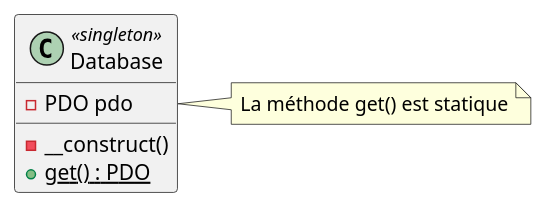
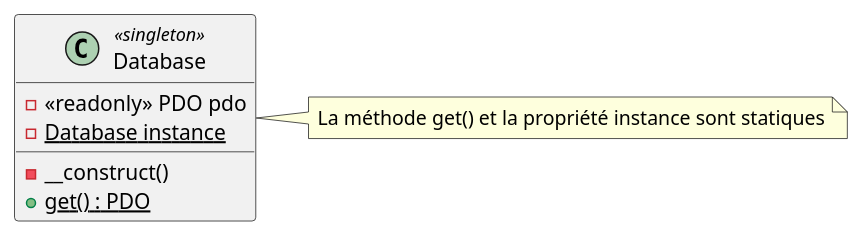
Before and after one commit to ralixt/tp-performances-backend: the diagram in docs/assets/singleton-db.puml, drawn with PlantUML. The commit also changed 3 other files, not shown here.

```diff
--- a/docs/assets/singleton-db.puml
+++ b/docs/assets/singleton-db.puml
@@ -1,11 +1,12 @@
 @startuml
 
 class Database <<singleton>> {
-  - PDO pdo
+  - <<readonly>> PDO pdo
+  - {static} Database instance
   - __construct()
   + {static} get() : PDO
 }
 
-note right of Database : La méthode get() est statique
+note right of Database : La méthode get() et la propriété instance sont statiques
 
 @enduml
```
